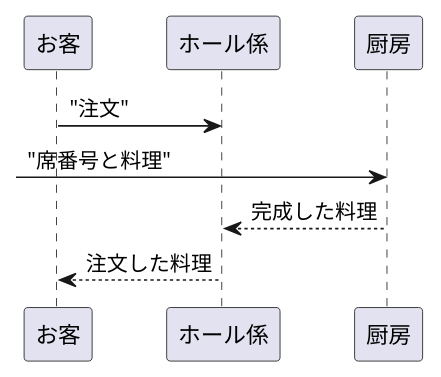
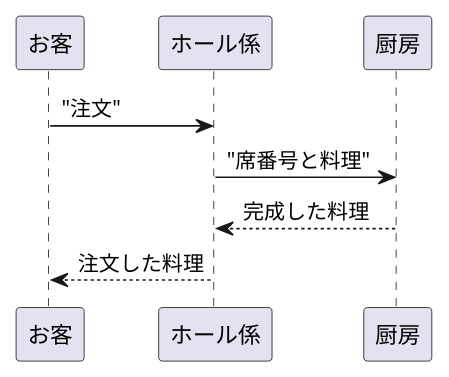
One commit to Aso2001364/2021sys-design changed the diagram in iiiiii.md. Above: the diagram before and after it, drawn with PlantUML.

````diff
--- a/iiiiii.md
+++ b/iiiiii.md
@@ -1,8 +1,8 @@
 ```uml
 @startuml
 "お客" -> "ホール係":"注文"
-->"厨房":"席番号と料理"
+"ホール係"->"厨房":"席番号と料理"
 "厨房" --> "ホール係":完成した料理 
 "ホール係" -->"お客" :注文した料理
 @enduml
 ```
````
